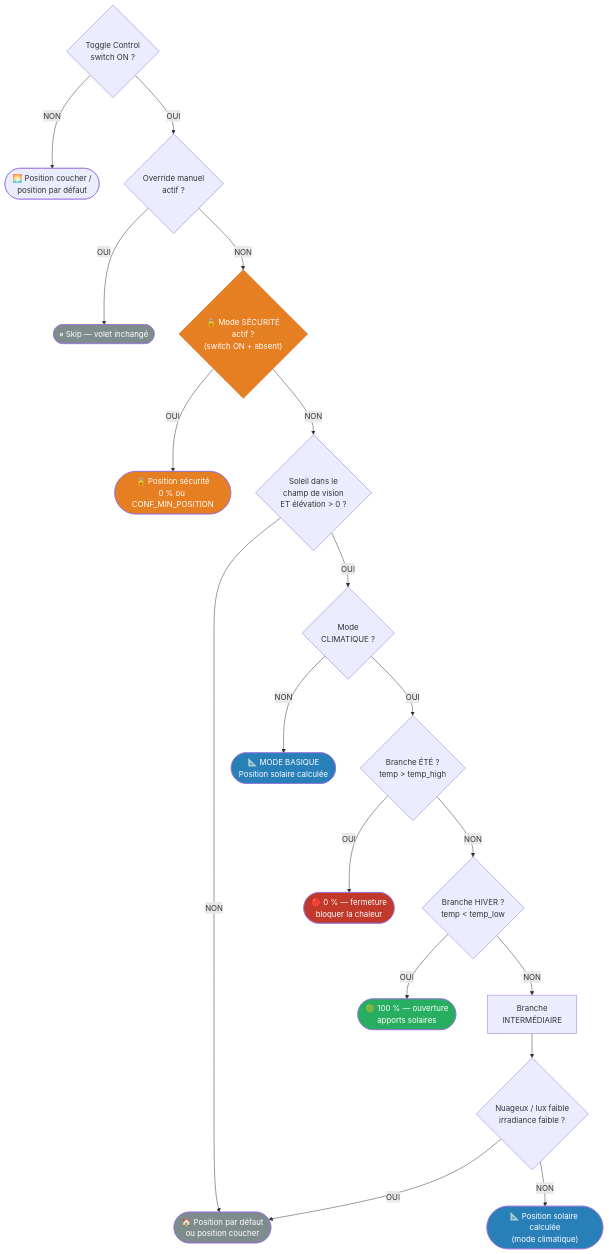
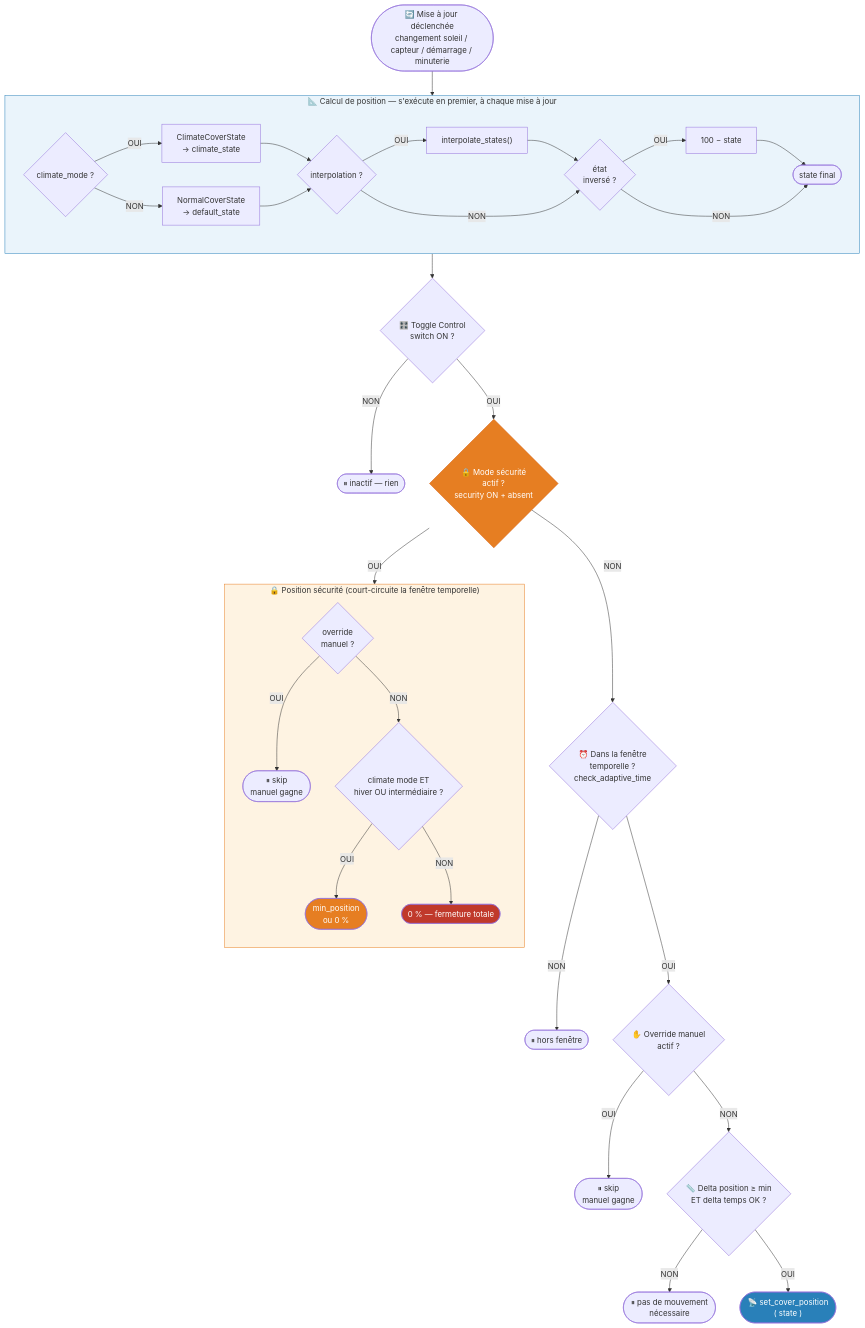
One commit to basbruss/adaptive-cover changed the second of 4 diagrams in custom_components/adaptive_cover/README.fr.md. Above: the diagram before and after it, drawn with Mermaid. The commit also changed other lines of this file, not shown here.

Commit message:
docs: reconstruction schémas depuis la logique du code (flux de contrôle + calcul position)

````diff
--- a/custom_components/adaptive_cover/README.fr.md
+++ b/custom_components/adaptive_cover/README.fr.md
@@ -65,47 +69,71 @@
 ```mermaid
 flowchart TD
-    CTRL{"Toggle Control\nswitch ON ?"}
-    SUNSET(["🌅 Position coucher /\nposition par défaut"])
-    MANUAL{"Override manuel\nactif ?"}
-    SKIP(["⏸ Skip — volet inchangé"])
-    SEC{"🔒 Mode SÉCURITÉ\nactif ?\n(switch ON + absent)"}
-    SEC_POS(["🔒 Position sécurité\n0 % ou CONF_MIN_POSITION"])
-    SUN{"Soleil dans le\nchamp de vision\nET élévation > 0 ?"}
-    DEF(["🏠 Position par défaut\nou position coucher"])
-    CLIMATE{"Mode\nCLIMATIQUE ?"}
-    CALC_B(["📐 MODE BASIQUE\nPosition solaire calculée"])
-    SUMMER{"Branche ÉTÉ ?\ntemp > temp_high"}
-    WINTER{"Branche HIVER ?\ntemp < temp_low"}
-    CLOSE0(["🔴 0 % — fermeture\nbloquer la chaleur"])
-    OPEN100(["🟢 100 % — ouverture\napports solaires"])
-    INTER["Branche\nINTERMÉDIAIRE"]
-    LUX{"Nuageux / lux faible\nirradiance faible ?"}
-    CALC_C(["📐 Position solaire calculée\n(mode climatique)"])
+    START(["🔄 Mise à jour déclenchée\nchangement soleil / capteur / démarrage / minuterie"])
 
-    CTRL -->|NON| SUNSET
-    CTRL -->|OUI| MANUAL
-    MANUAL -->|OUI| SKIP
-    MANUAL -->|NON| SEC
-    SEC -->|OUI| SEC_POS
-    SEC -->|NON| SUN
-    SUN -->|NON| DEF
-    SUN -->|OUI| CLIMATE
-    CLIMATE -->|NON| CALC_B
-    CLIMATE -->|OUI| SUMMER
-    SUMMER -->|OUI| CLOSE0
-    SUMMER -->|NON| WINTER
-    WINTER -->|OUI| OPEN100
-    WINTER -->|NON| INTER
-    INTER --> LUX
-    LUX -->|OUI| DEF
-    LUX -->|NON| CALC_C
+    subgraph CALCBOX["📐 Calcul de position  — s'exécute en premier, à chaque mise à jour"]
+        direction LR
+        CM{"climate_mode ?"}
+        CSTATE["ClimateCoverState\n→ climate_state"]
+        NSTATE["NormalCoverState\n→ default_state"]
+        INTERP{"interpolation ?"}
+        IRUN["interpolate_states()"]
+        INV{"état\ninversé ?"}
+        IRUN2["100 − state"]
+        STATEF(["state  final"])
+
+        CM -->|OUI| CSTATE --> INTERP
+        CM -->|NON| NSTATE --> INTERP
+        INTERP -->|OUI| IRUN --> INV
+        INTERP -->|NON| INV
+        INV -->|OUI| IRUN2 --> STATEF
+        INV -->|NON| STATEF
+    end
+
+    CTRL{"🎛️ Toggle Control\nswitch ON ?"}
+    IDLE(["⏸ inactif — rien"])
+
+    SEC{"🔒 Mode sécurité\nactif ?\nsecurity ON + absent"}
+
+    subgraph SECBOX["🔒 Position sécurité  (court-circuite la fenêtre temporelle)"]
+        direction TB
+        SM{"override\nmanuel ?"}
+        SCLI{"climate mode ET\nhiver OU intermédiaire ?"}
+        SSKIP(["⏸ skip\nmanuel gagne"])
+        SMIN(["min_position\nou 0 %"])
+        SZERO(["0 % — fermeture totale"])
+        SM -->|OUI| SSKIP
+        SM -->|NON| SCLI
+        SCLI -->|OUI| SMIN
+        SCLI -->|NON| SZERO
+    end
+
+    TIME{"⏰ Dans la fenêtre\ntemporelle ?\ncheck_adaptive_time"}
+    TOUT(["⏸ hors fenêtre"])
+
+    MAN{"✋ Override manuel\nactif ?"}
+    MSKIP(["⏸ skip\nmanuel gagne"])
+
+    DELTA{"📏 Delta position ≥ min\nET delta temps OK ?"}
+    DNOOP(["⏸ pas de mouvement\nnécessaire"])
+    MOVE(["📡 set_cover_position\n( state )"])
+
+    START --> CALCBOX
+    CALCBOX --> CTRL
+    CTRL -->|NON| IDLE
+    CTRL -->|OUI| SEC
+    SEC -->|OUI| SECBOX
+    SEC -->|NON| TIME
+    TIME -->|NON| TOUT
+    TIME -->|OUI| MAN
+    MAN -->|OUI| MSKIP
+    MAN -->|NON| DELTA
+    DELTA -->|NON| DNOOP
+    DELTA -->|OUI| MOVE
 
     style SEC fill:#e67e22,color:#fff,stroke:#d35400
-    style SEC_POS fill:#e67e22,color:#fff
-    style CLOSE0 fill:#c0392b,color:#fff
-    style OPEN100 fill:#27ae60,color:#fff
-    style SKIP fill:#7f8c8d,color:#fff
-    style DEF fill:#7f8c8d,color:#fff
-    style CALC_B fill:#2980b9,color:#fff
-    style CALC_C fill:#2980b9,color:#fff
+    style SECBOX fill:#fef3e2,stroke:#e67e22
+    style SMIN fill:#e67e22,color:#fff
+    style SZERO fill:#c0392b,color:#fff
+    style MOVE fill:#2980b9,color:#fff
+    style CALCBOX fill:#eaf4fb,stroke:#2980b9
 ```
````
